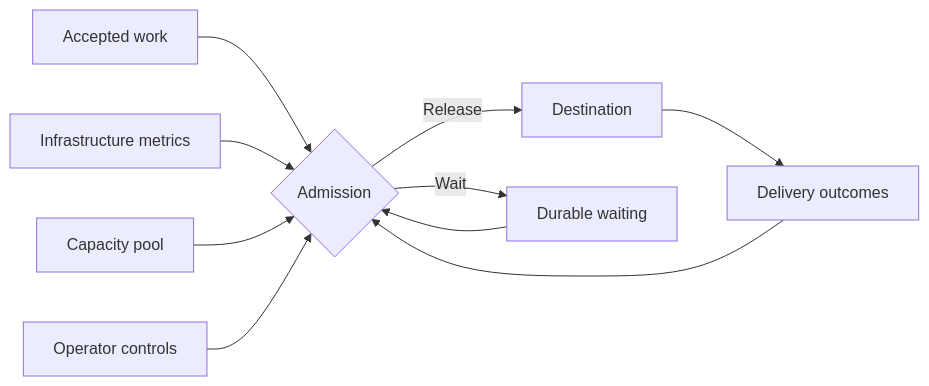
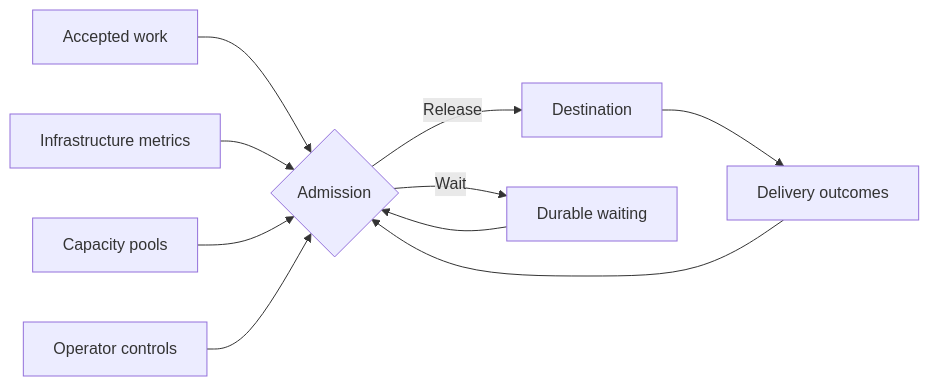
One commit to arklowsc/docs changed the diagram in fundamentals/admission-control.mdx. Above: the diagram before and after it, drawn with Mermaid. The commit also changed other lines of this file and 16 other files, not shown here.

````diff
--- a/fundamentals/admission-control.mdx
+++ b/fundamentals/admission-control.mdx
@@ -10,12 +10,12 @@
 ```mermaid actions={false}
 flowchart LR
     A[Accepted work] --> G{Admission}
     G -->|Release| D[Destination]
     G -->|Wait| W[Durable waiting]
     W --> G
     D --> O[Delivery outcomes]
     O --> G
     M[Infrastructure metrics] --> G
-    P[Capacity pool] --> G
+    P[Capacity pools] --> G
     C[Operator controls] --> G
 ```
````
